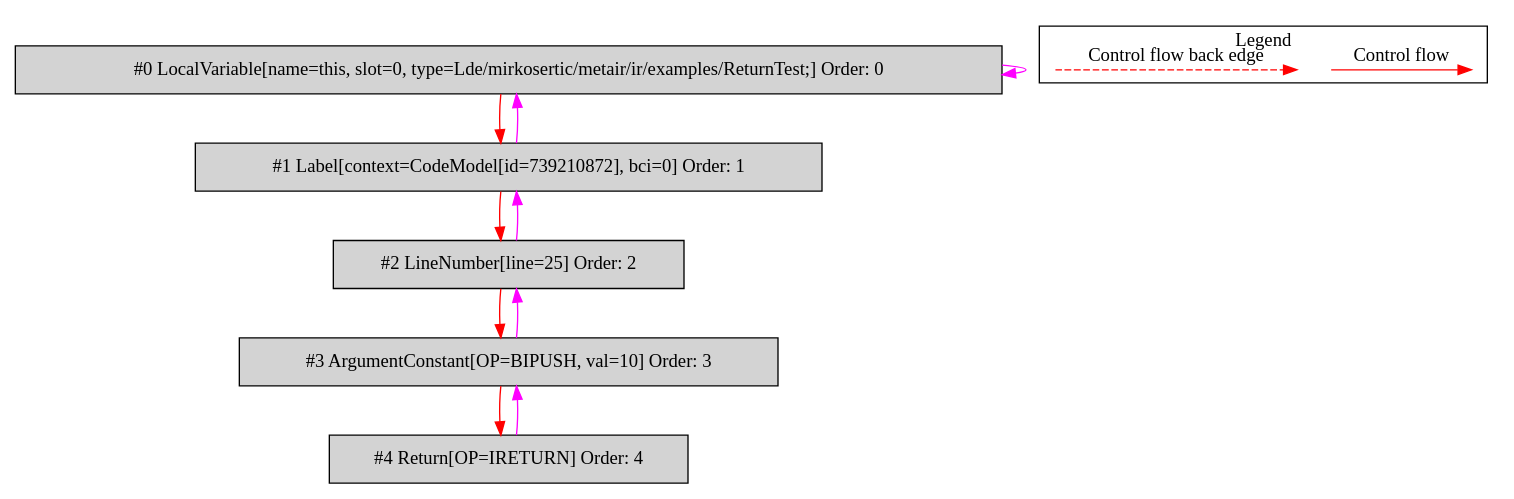
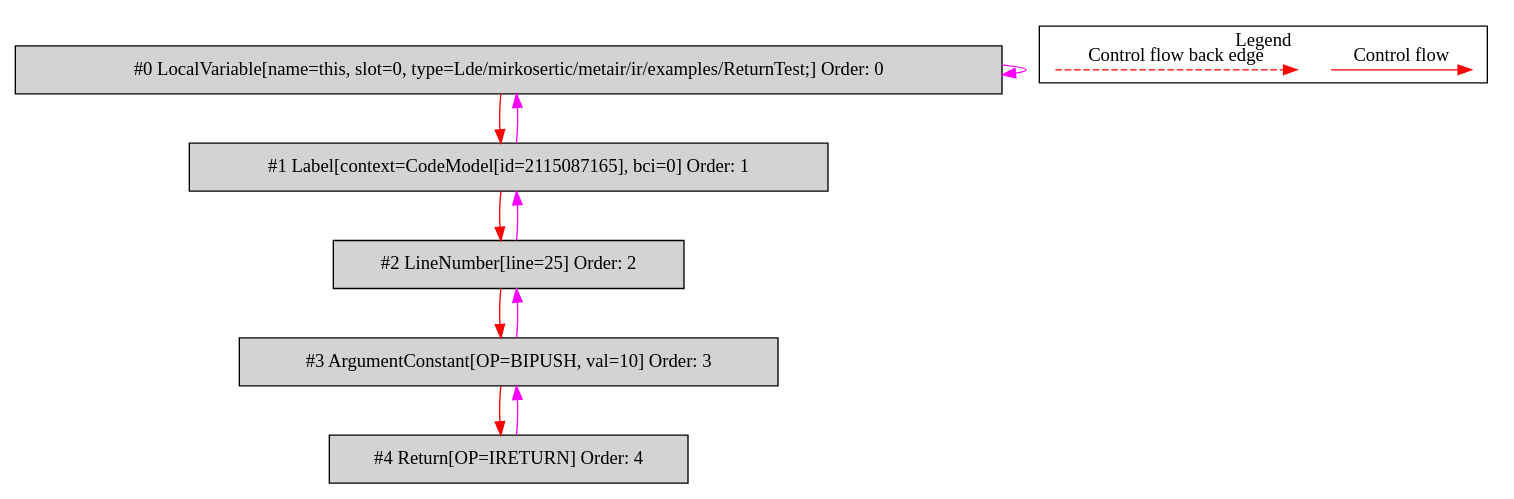
One commit to mirkosertic/MetaIR changed the diagram in de.mirkosertic.metair.ir.examples.ReturnTest/returnInt/bytecodecfg.dot. Above: the diagram before and after it, drawn with Graphviz. The commit also changed 465 other files, not shown here.

```diff
--- a/de.mirkosertic.metair.ir.examples.ReturnTest/returnInt/bytecodecfg.dot
+++ b/de.mirkosertic.metair.ir.examples.ReturnTest/returnInt/bytecodecfg.dot
@@ -1,31 +1,31 @@
 digraph {
  ordering="in";
  node0[label="#0 LocalVariable[name=this, slot=0, type=Lde/mirkosertic/metair/ir/examples/ReturnTest;] Order: 0", shape=box, fillcolor=lightgrey, style=filled];
- node1[label="#1 Label[context=CodeModel[id=739210872], bci=0] Order: 1", shape=box, fillcolor=lightgrey, style=filled];
+ node1[label="#1 Label[context=CodeModel[id=2115087165], bci=0] Order: 1", shape=box, fillcolor=lightgrey, style=filled];
  node2[label="#2 LineNumber[line=25] Order: 2", shape=box, fillcolor=lightgrey, style=filled];
  node3[label="#3 ArgumentConstant[OP=BIPUSH, val=10] Order: 3", shape=box, fillcolor=lightgrey, style=filled];
  node4[label="#4 Return[OP=IRETURN] Order: 4", shape=box, fillcolor=lightgrey, style=filled];
  node0 -> node0[color=fuchsia];
  node0 -> node1[color=red];
  node1 -> node0[color=fuchsia];
  node1 -> node2[color=red];
  node2 -> node1[color=fuchsia];
  node2 -> node3[color=red];
  node3 -> node2[color=fuchsia];
  node3 -> node4[color=red];
  node4 -> node3[color=fuchsia];
  subgraph cluster_000 {
   label = "Legend";
   node [shape=point]
   {
    rank=same;
    c0 [style = invis];
    c1 [style = invis];
    c2 [style = invis];
    c3 [style = invis];
   }
   c0 -> c1 [label="Control flow", style=solid, color=red]
   c2 -> c3 [label="Control flow back edge", style=dashed, color=red]
  }
 
 }
```
